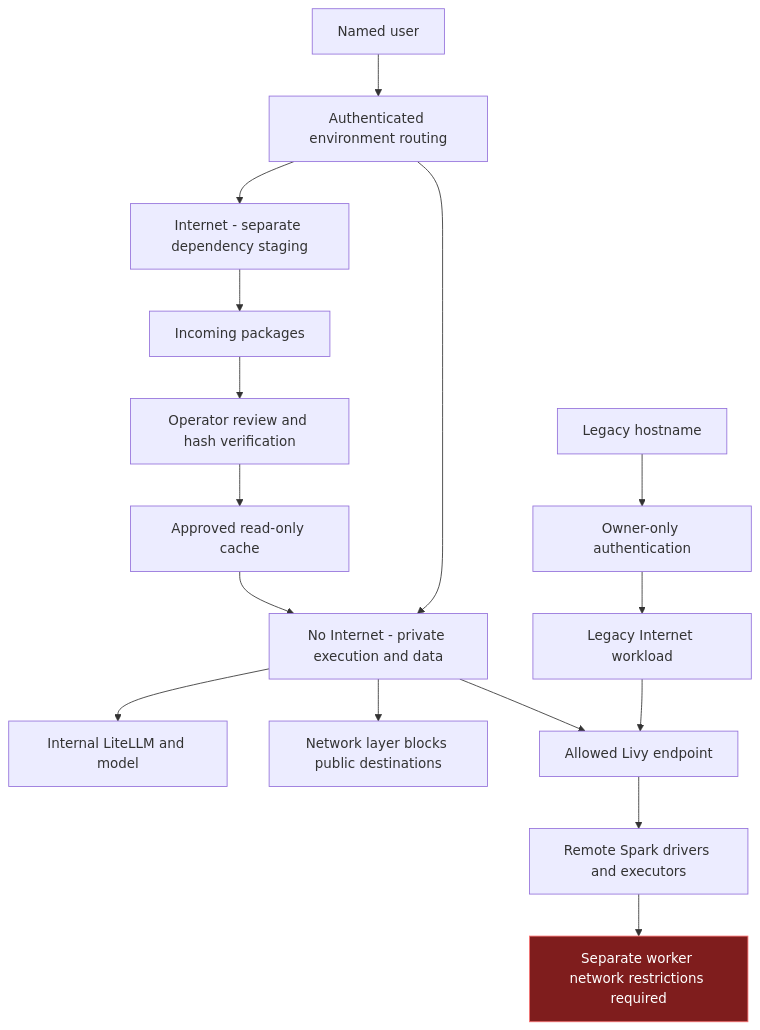
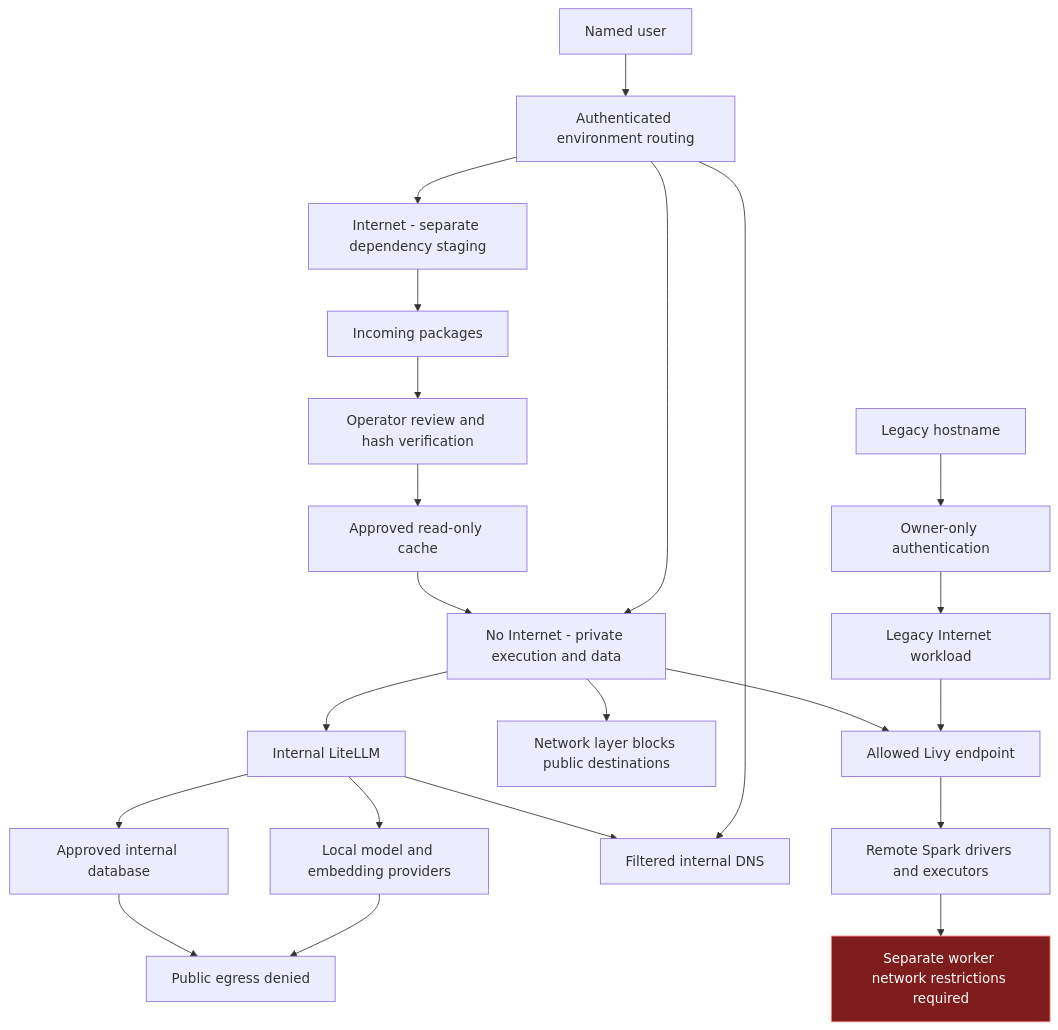
The first of 3 diagrams in docs/DSH_RDT_PILOT_SECURITY_CONTROL_ASSESSMENT.md (skunpoj/dsh_setup), drawn with Mermaid before and after one commit. The commit also changed other lines of this file and 41 other files, not shown here.

````diff
--- a/docs/DSH_RDT_PILOT_SECURITY_CONTROL_ASSESSMENT.md
+++ b/docs/DSH_RDT_PILOT_SECURITY_CONTROL_ASSESSMENT.md
@@ -50,20 +50,26 @@
 ```mermaid
 flowchart TB
  U[Named user] --> G[Authenticated environment routing]
  G --> S[No Internet - private execution and data]
  G --> I[Internet - separate dependency staging]
- S --> M[Internal LiteLLM and model]
+ S --> M[Internal LiteLLM]
+ M --> LM[Local model and embedding providers]
+ LM --> LE[Public egress denied]
+ DB --> LE
+ M --> DB[Approved internal database]
+ G --> DNS[Filtered internal DNS]
+ M --> DNS
  S --> B[Network layer blocks public destinations]
  I --> P[Incoming packages]
  P --> V[Operator review and hash verification]
  V --> C[Approved read-only cache]
  C --> S
  X[Legacy hostname] --> Y[Owner-only authentication]
  Y --> Z[Legacy Internet workload]
  Z --> L[Allowed Livy endpoint]
  S --> L[Allowed Livy endpoint]
  L --> R[Remote Spark drivers and executors]
  R --> E[Separate worker network restrictions required]
  classDef exposure fill:#7f1d1d,stroke:#f87171,color:#ffffff
  class E exposure
 ```
````
